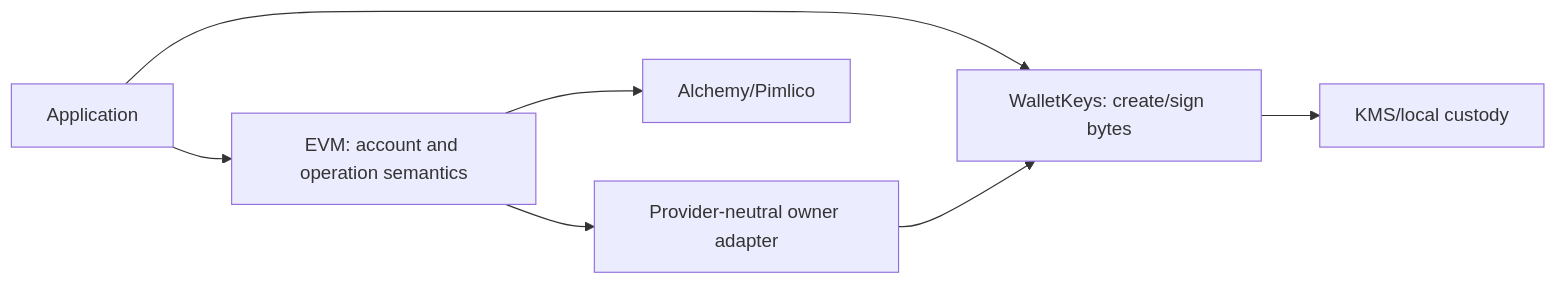
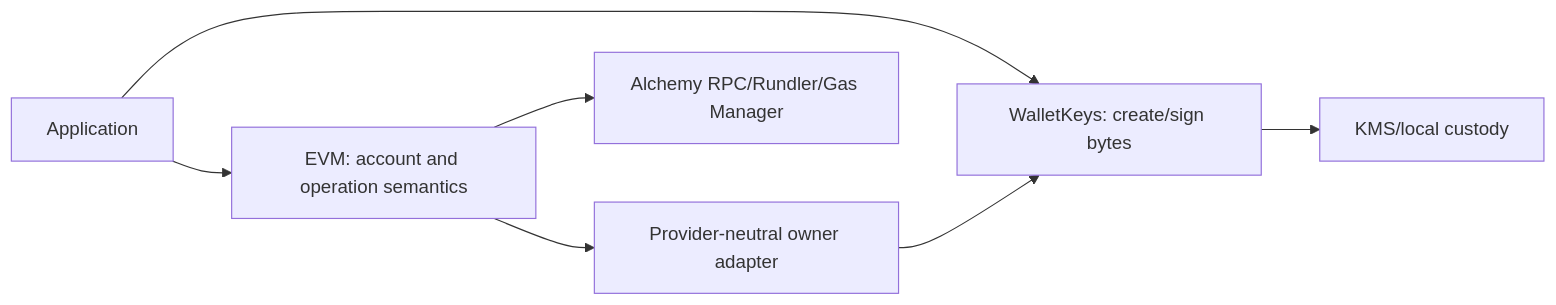
One commit to thenamespace/namera changed the diagram in architecture/packages/chain-custody.md. Above: the diagram before and after it, drawn with Mermaid. The commit also changed 32 other files, not shown here.

Commit message:
refactor(evm): migrate execution to Alchemy

````diff
--- a/architecture/packages/chain-custody.md
+++ b/architecture/packages/chain-custody.md
@@ -36,9 +36,9 @@
 ```mermaid
 flowchart LR
   Application --> WalletKeys[WalletKeys: create/sign bytes]
   Application --> EVM[EVM: account and operation semantics]
   WalletKeys --> Provider[KMS/local custody]
   EVM --> Owner[Provider-neutral owner adapter]
   Owner --> WalletKeys
-  EVM --> RPC[Alchemy/Pimlico]
+  EVM --> RPC[Alchemy RPC/Rundler/Gas Manager]
 ```
````
